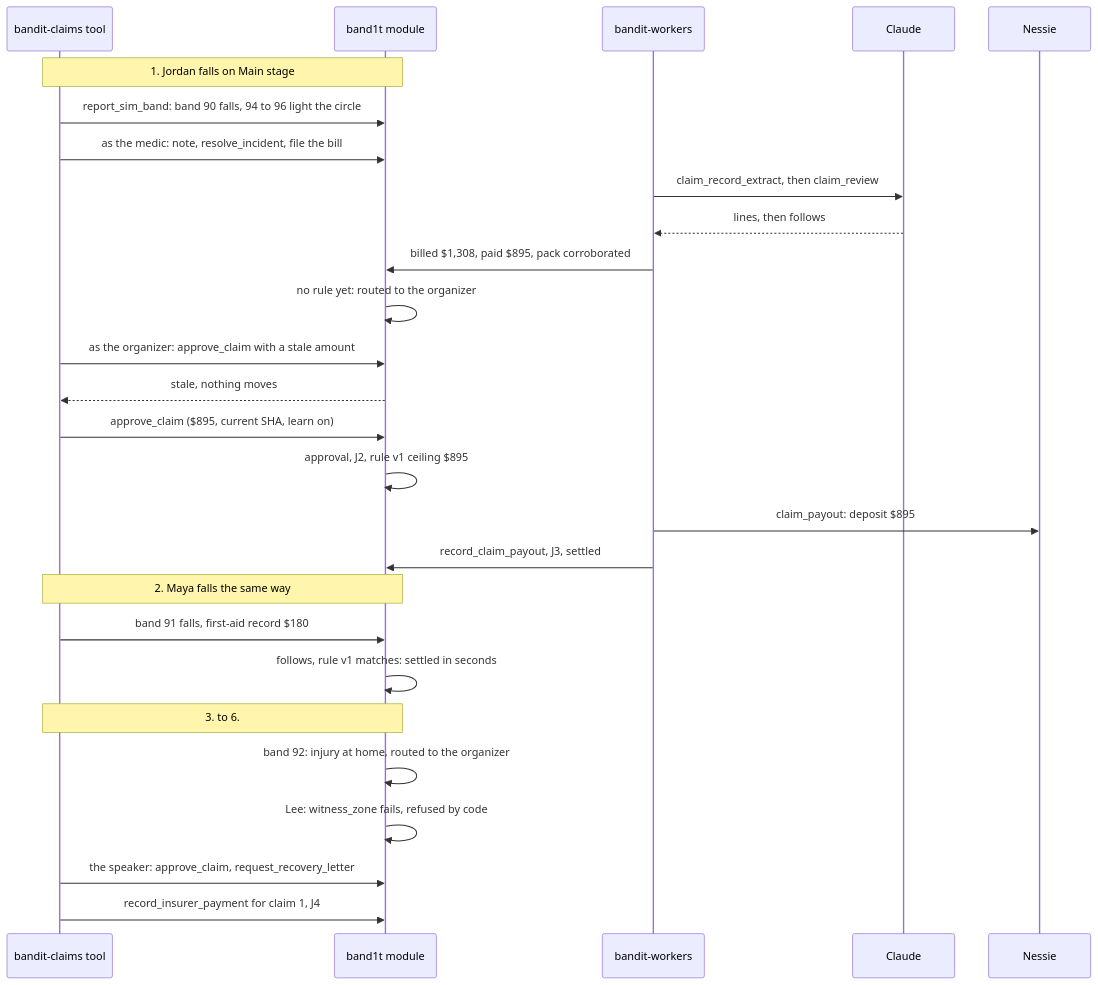
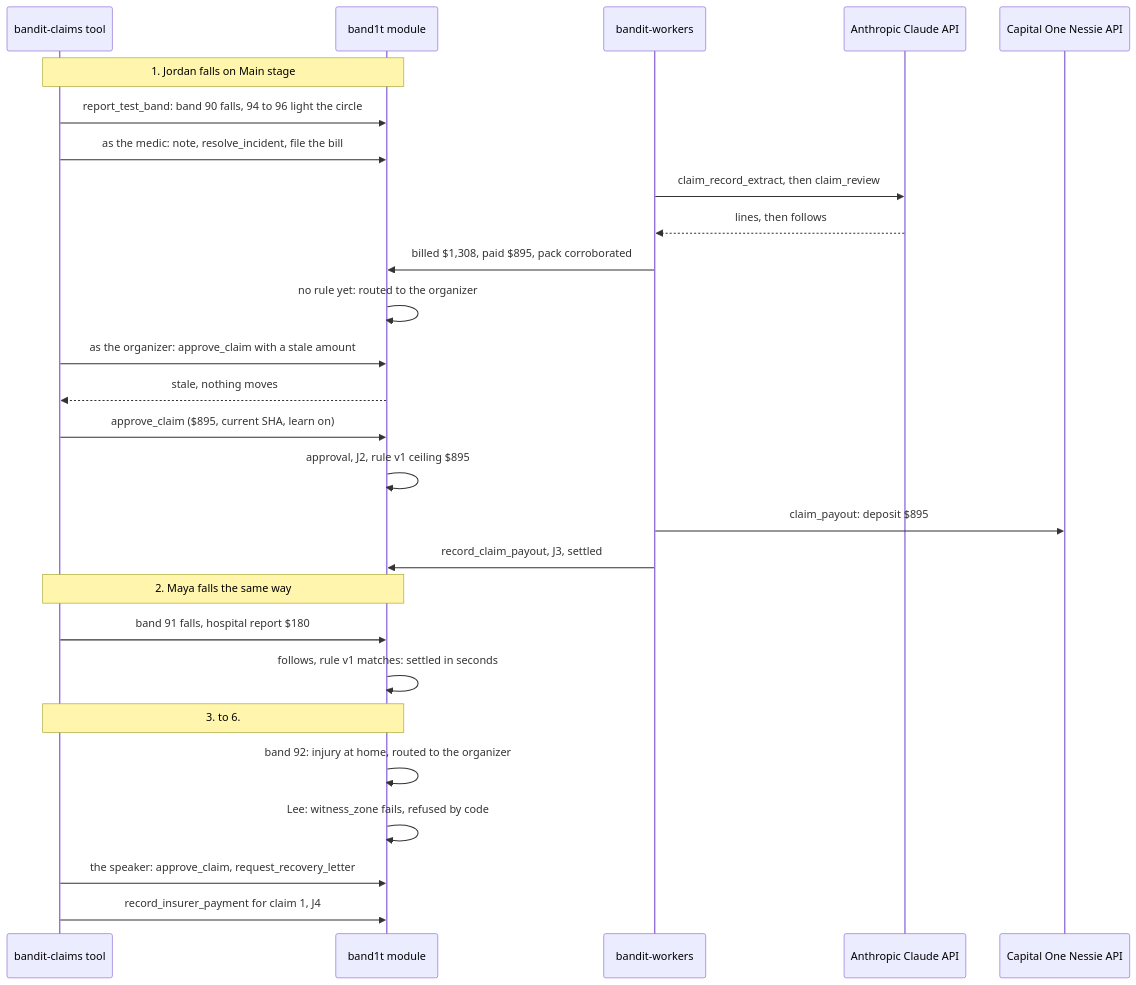
One commit to viktorinkov/cal-hacks-13 changed the fourth of 5 diagrams in System Design/6-features/Insurance.md. Above: the diagram before and after it, drawn with Mermaid. The commit also changed other lines of this file and 26 other files, not shown here.

````diff
--- a/System Design/6-features/Insurance.md
+++ b/System Design/6-features/Insurance.md
@@ -427,29 +495,29 @@
 ```mermaid
 sequenceDiagram
   participant T as bandit-claims tool
   participant M as band1t module
   participant W as bandit-workers
-  participant C as Claude
-  participant N as Nessie
+  participant C as Anthropic Claude API
+  participant N as Capital One Nessie API
   Note over T,M: 1. Jordan falls on Main stage
-  T->>M: report_sim_band: band 90 falls, 94 to 96 light the circle
+  T->>M: report_test_band: band 90 falls, 94 to 96 light the circle
   T->>M: as the medic: note, resolve_incident, file the bill
   W->>C: claim_record_extract, then claim_review
   C-->>W: lines, then follows
   W->>M: billed $1,308, paid $895, pack corroborated
   M->>M: no rule yet: routed to the organizer
   T->>M: as the organizer: approve_claim with a stale amount
   M-->>T: stale, nothing moves
   T->>M: approve_claim ($895, current SHA, learn on)
   M->>M: approval, J2, rule v1 ceiling $895
   W->>N: claim_payout: deposit $895
   W->>M: record_claim_payout, J3, settled
   Note over T,M: 2. Maya falls the same way
-  T->>M: band 91 falls, first-aid record $180
+  T->>M: band 91 falls, hospital report $180
   M->>M: follows, rule v1 matches: settled in seconds
   Note over T,M: 3. to 6.
   M->>M: band 92: injury at home, routed to the organizer
   M->>M: Lee: witness_zone fails, refused by code
   T->>M: the speaker: approve_claim, request_recovery_letter
   T->>M: record_insurer_payment for claim 1, J4
 ```
````
